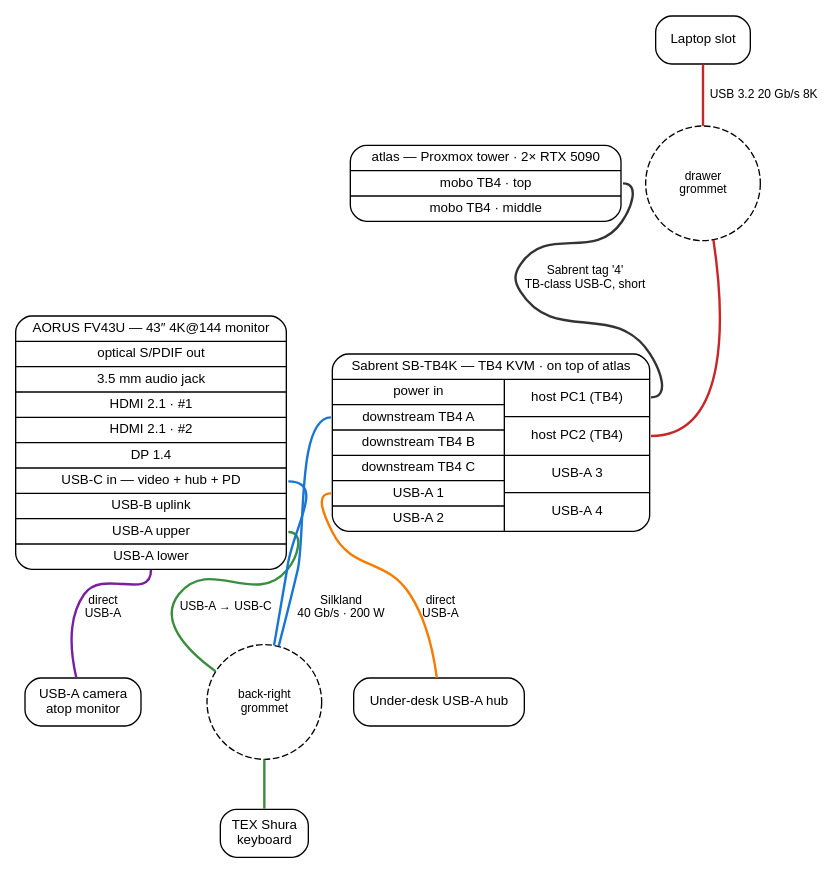
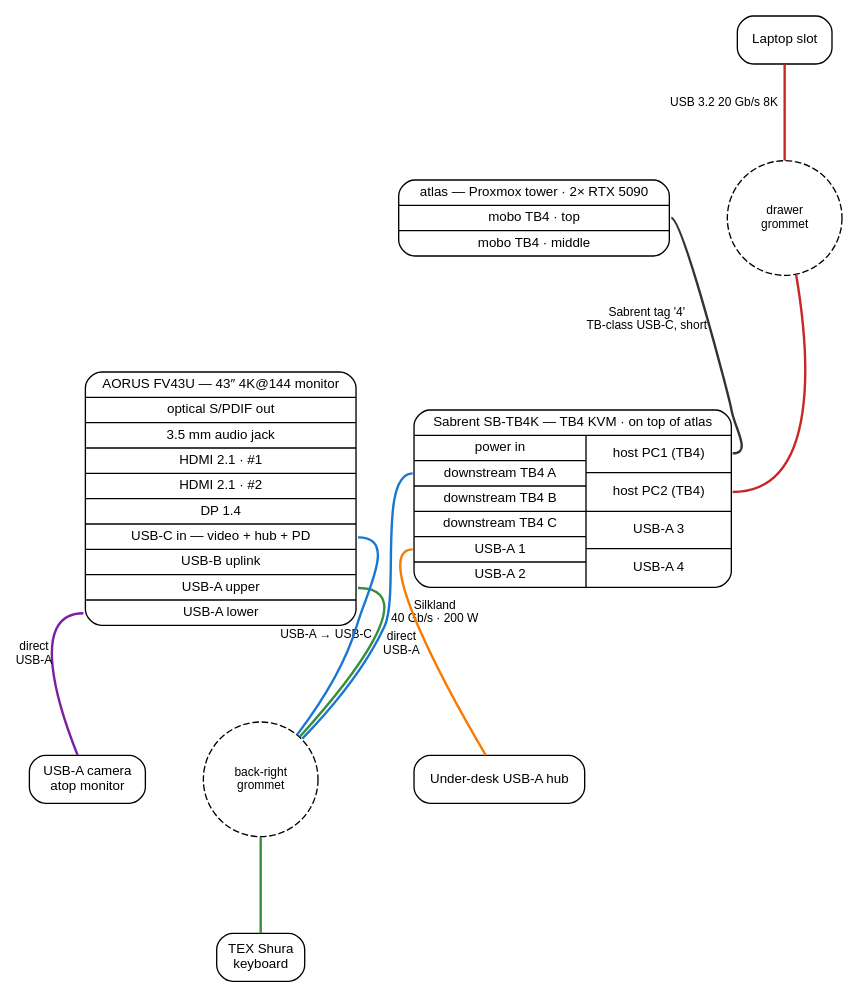
Before and after one commit to agentydragon/ducktape: the diagram in desk/wiring_schematic.dot, drawn with Graphviz. The commit also changed 1 other file, not shown here.

Commit message:
desk: schematic — xlabel + more separation so cables stop bending
Two Graphviz knobs applied together:

- xlabel on cable labels (was label): decouples labels from edge
  routing, so cables no longer bend around their own labels.
- nodesep=0.6, ranksep=1.0 in graph attrs: bumps node spacing so
  the freely-placed xlabels have room without crowding each other.

Cables now flow more directly; labels sit near their edges without
forcing detours.

Claude-Session: https://claude.ai/code/session_01RA9zk6kHcosLHXegpeEHaz

```diff
--- a/desk/wiring_schematic.dot
+++ b/desk/wiring_schematic.dot
@@ -1,31 +1,33 @@
 digraph desk_wiring {
-    graph [fontname="Helvetica"];
+    graph [fontname="Helvetica", nodesep=0.6, ranksep=1.0];
     node  [shape=Mrecord, fontname="Helvetica", fontsize=10];
     edge  [fontname="Helvetica", fontsize=9, penwidth=1.8, dir=none];
 
     monitor [label="{ AORUS FV43U — 43″ 4K@144 monitor | optical S/PDIF out | 3.5 mm audio jack | HDMI 2.1 · #1 | HDMI 2.1 · #2 | DP 1.4 | <usbc> USB-C in — video + hub + PD | USB-B uplink | <hi> USB-A upper | <lo> USB-A lower }"];
 
     // KVM: header row, then two vertical columns side by side (peripheral / host)
     kvm [label="{ Sabrent SB-TB4K — TB4 KVM · on top of atlas | { { power in | <ds_a> downstream TB4 A | downstream TB4 B | downstream TB4 C | <usba1> USB-A 1 | USB-A 2 } | { <pc1> host PC1 (TB4) | <pc2> host PC2 (TB4) | USB-A 3 | USB-A 4 } } }"];
 
     atlas [label="{ atlas — Proxmox tower · 2× RTX 5090 | <tb_top> mobo TB4 · top | mobo TB4 · middle }"];
 
     laptop [label="Laptop slot"];
 
     g_backright [shape=circle, style=dashed, label="back-right\ngrommet", fontsize=9, width=1.2, height=1.2];
     g_drawer    [shape=circle, style=dashed, label="drawer\ngrommet",    fontsize=9, width=1.2, height=1.2];
 
     cam [label="USB-A camera\natop monitor"];
     kbd [label="TEX Shura\nkeyboard"];
     hub [label="Under-desk USB-A hub"];
 
-    atlas:tb_top -> kvm:pc1 [label="Sabrent tag '4'\nTB-class USB-C, short", color="#333333"];
-    laptop -> g_drawer      [label="USB 3.2 20 Gb/s 8K", color="#c62828"];
+    // xlabel keeps labels near edges without forcing the router to bend
+    // cables around them.
+    atlas:tb_top -> kvm:pc1 [xlabel="Sabrent tag '4'\nTB-class USB-C, short", color="#333333"];
+    laptop -> g_drawer      [xlabel="USB 3.2 20 Gb/s 8K", color="#c62828"];
     g_drawer -> kvm:pc2     [color="#c62828"];
-    kvm:ds_a -> g_backright [label="Silkland\n40 Gb/s · 200 W", color="#1976d2"];
+    kvm:ds_a -> g_backright [xlabel="Silkland\n40 Gb/s · 200 W", color="#1976d2"];
     g_backright -> monitor:usbc [color="#1976d2"];
-    kvm:usba1 -> hub        [label="direct\nUSB-A", color="#f57c00"];
-    monitor:hi -> g_backright [label="USB-A → USB-C", color="#388e3c"];
+    kvm:usba1 -> hub        [xlabel="direct\nUSB-A", color="#f57c00"];
+    monitor:hi -> g_backright [xlabel="USB-A → USB-C", color="#388e3c"];
     g_backright -> kbd      [color="#388e3c"];
-    monitor:lo -> cam       [label="direct\nUSB-A", color="#7b1fa2"];
+    monitor:lo -> cam       [xlabel="direct\nUSB-A", color="#7b1fa2"];
 }
```
